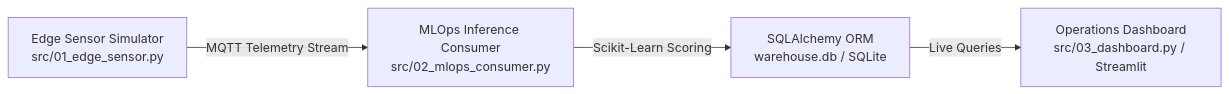
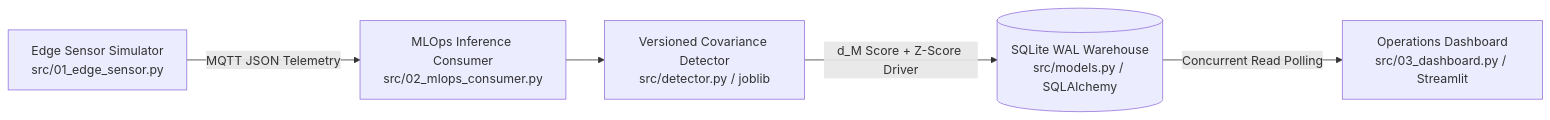
The diagram in README.md (megzin11/industrial-iot-mlops-pipeline), drawn with Mermaid before and after one commit. The commit also changed other lines of this file and 11 other files, not shown here.

Commit message:
feat: ablation-driven Mahalanobis covariance detector (0.9974 F1), SQLite WAL, 10K benchmark, and 6 pytest cases

````diff
--- a/README.md
+++ b/README.md
@@ -14,6 +16,7 @@
 ```mermaid
 flowchart LR
-    A[Edge Sensor Simulator<br/>src/01_edge_sensor.py] -->|MQTT Telemetry Stream| B[MLOps Inference Consumer<br/>src/02_mlops_consumer.py]
-    B -->|Scikit-Learn Scoring| C[SQLAlchemy ORM<br/>warehouse.db / SQLite]
-    C -->|Live Queries| D[Operations Dashboard<br/>src/03_dashboard.py / Streamlit]
+    A[Edge Sensor Simulator<br/>src/01_edge_sensor.py] -->|MQTT JSON Telemetry| B[MLOps Inference Consumer<br/>src/02_mlops_consumer.py]
+    B --> C[Versioned Covariance Detector<br/>src/detector.py / joblib]
+    C -->|d_M Score + Z-Score Driver| D[(SQLite WAL Warehouse<br/>src/models.py / SQLAlchemy)]
+    D -->|Concurrent Read Polling| E[Operations Dashboard<br/>src/03_dashboard.py / Streamlit]
 ```
````
